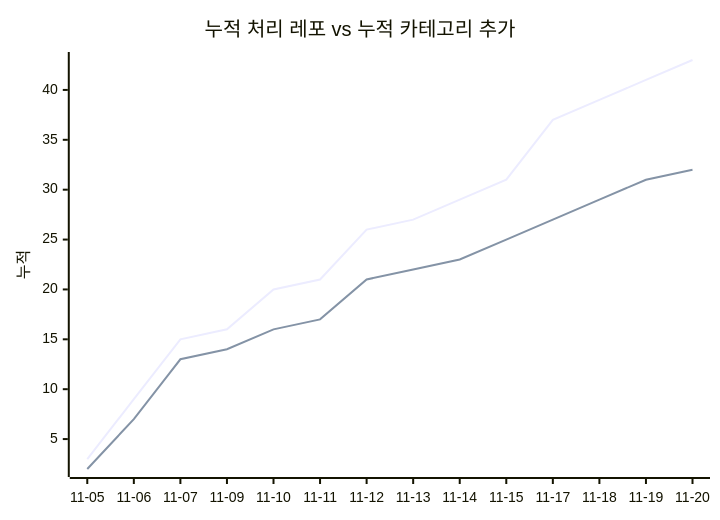
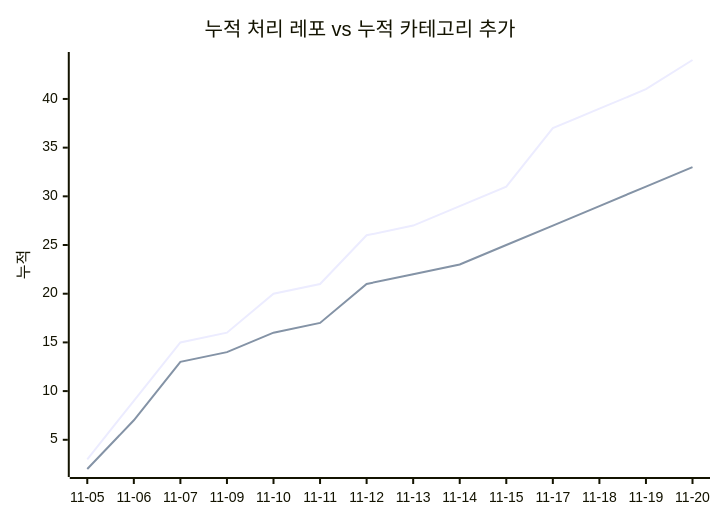
Before and after one commit to J-nowcow/awesome-korean-agent-skills: the second of 2 diagrams in docs/trends.md, drawn with Mermaid. The commit also changed other lines of this file and 4 other files, not shown here.

````diff
--- a/docs/trends.md
+++ b/docs/trends.md
@@ -68,8 +68,8 @@
 ```mermaid
 xychart-beta
     title "누적 처리 레포 vs 누적 카테고리 추가"
     x-axis ["11-05","11-06","11-07","11-09","11-10","11-11","11-12","11-13","11-14","11-15","11-17","11-18","11-19","11-20"]
     y-axis "누적"
-    line [3,9,15,16,20,21,26,27,29,31,37,39,41,43]
-    line [2,7,13,14,16,17,21,22,23,25,27,29,31,32]
+    line [3,9,15,16,20,21,26,27,29,31,37,39,41,44]
+    line [2,7,13,14,16,17,21,22,23,25,27,29,31,33]
 ```
````
